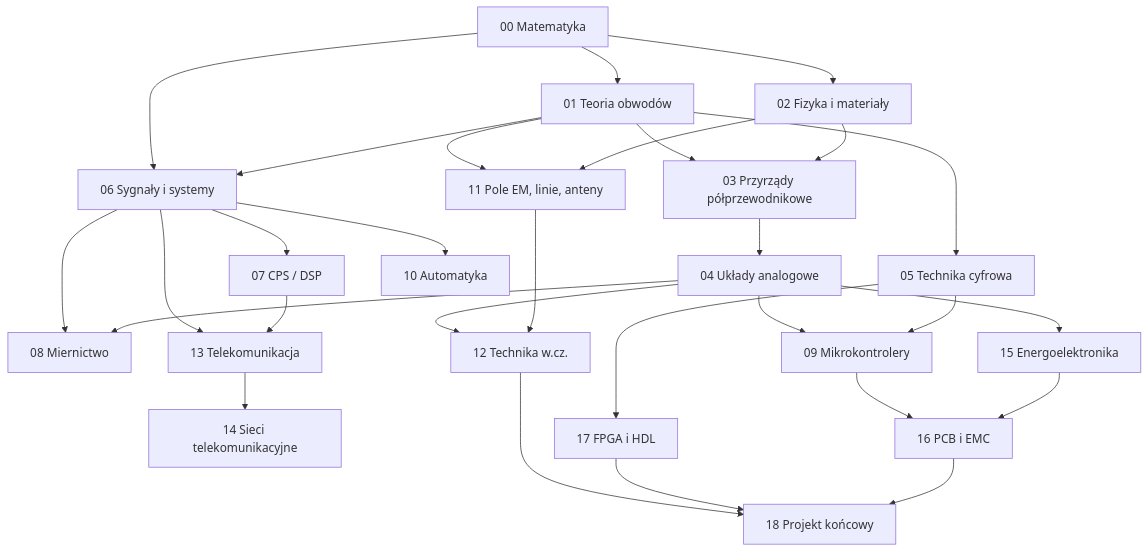
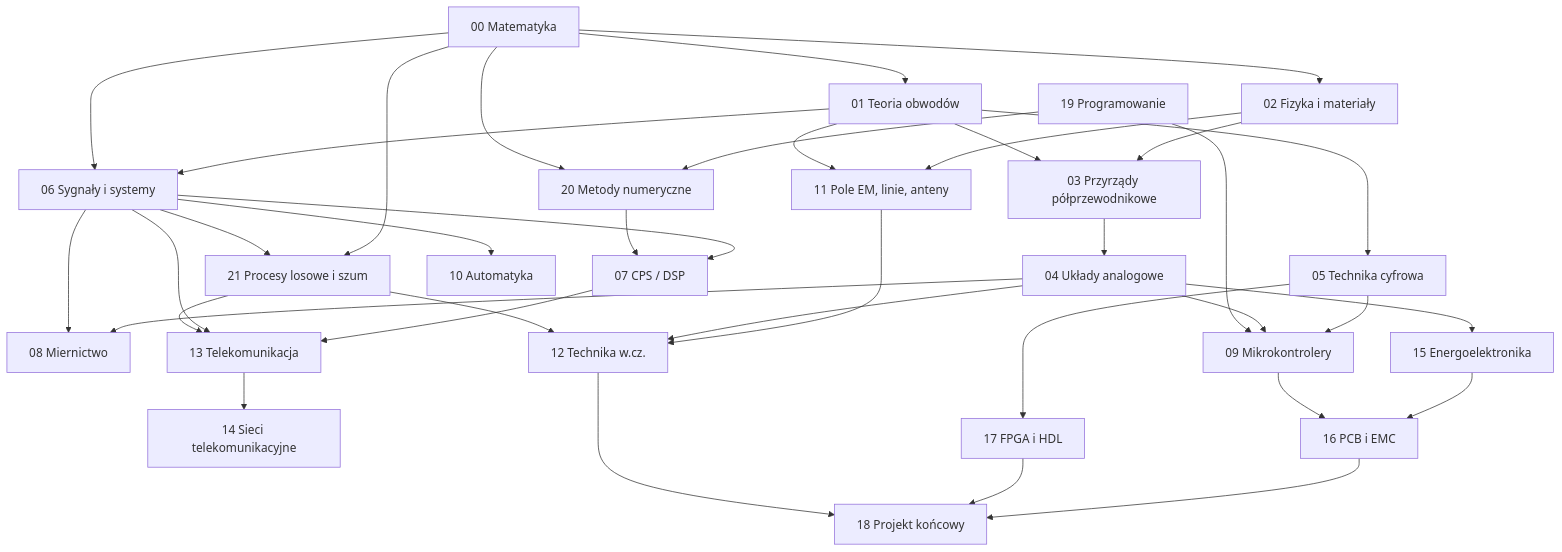
The diagram in ROADMAP.md (kanthakdominik/EiT), drawn with Mermaid before and after one commit. The commit also changed other lines of this file and 30 other files, not shown here.

First line of the commit message:
Dodaj moduły 19–21: programowanie, metody numeryczne, procesy losowe i szum

````diff
--- a/ROADMAP.md
+++ b/ROADMAP.md
@@ -5,31 +5,39 @@
 ```mermaid
 graph TD
     M00[00 Matematyka] --> M01[01 Teoria obwodów]
     M00 --> M02[02 Fizyka i materiały]
     M02 --> M03[03 Przyrządy półprzewodnikowe]
     M01 --> M03
     M03 --> M04[04 Układy analogowe]
     M01 --> M05[05 Technika cyfrowa]
     M01 --> M06[06 Sygnały i systemy]
     M00 --> M06
     M06 --> M07[07 CPS / DSP]
     M04 --> M08[08 Miernictwo]
     M06 --> M08
     M05 --> M09[09 Mikrokontrolery]
     M04 --> M09
     M06 --> M10[10 Automatyka]
     M02 --> M11[11 Pole EM, linie, anteny]
     M01 --> M11
     M11 --> M12[12 Technika w.cz.]
     M04 --> M12
     M07 --> M13[13 Telekomunikacja]
     M06 --> M13
     M13 --> M14[14 Sieci telekomunikacyjne]
     M04 --> M15[15 Energoelektronika]
     M15 --> M16[16 PCB i EMC]
     M09 --> M16
     M05 --> M17[17 FPGA i HDL]
     M16 --> M18[18 Projekt końcowy]
     M17 --> M18
     M12 --> M18
+    M19[19 Programowanie] --> M09
+    M19 --> M20[20 Metody numeryczne]
+    M00 --> M20
+    M20 --> M07
+    M00 --> M21[21 Procesy losowe i szum]
+    M06 --> M21
+    M21 --> M13
+    M21 --> M12
 ```
````
